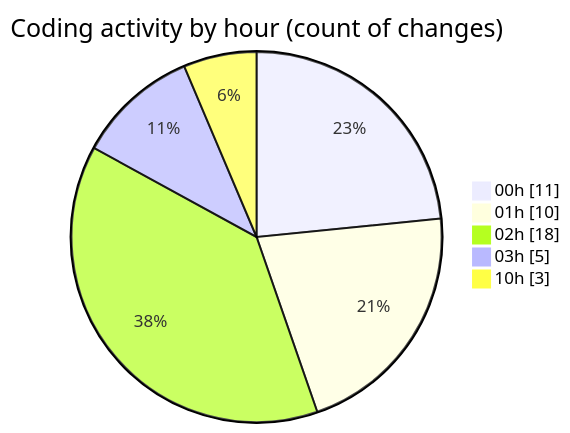
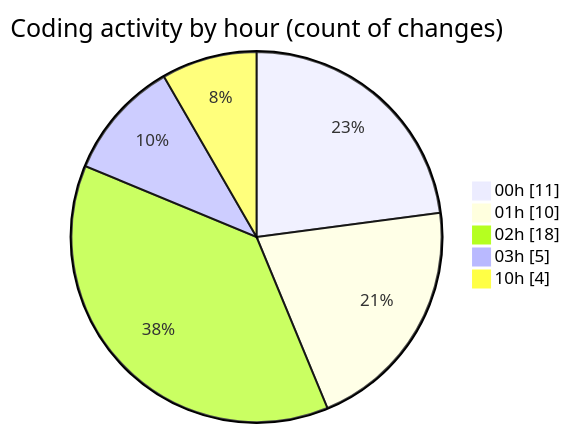
The second of 2 diagrams in 2025-11-02/cdp_aleoudev_fr__workspace_/README.md (julien-gomy/code-tracking), drawn with Mermaid before and after one commit. The commit also changed other lines of this file and 1 other file, not shown here.

````diff
--- a/2025-11-02/cdp_aleoudev_fr__workspace_/README.md
+++ b/2025-11-02/cdp_aleoudev_fr__workspace_/README.md
@@ -32,9 +32,9 @@
 ```mermaid
 pie showData
 title Coding activity by hour (count of changes)
 "00h" : 11
 "01h" : 10
 "02h" : 18
 "03h" : 5
-"10h" : 3
+"10h" : 4
 ```
````
